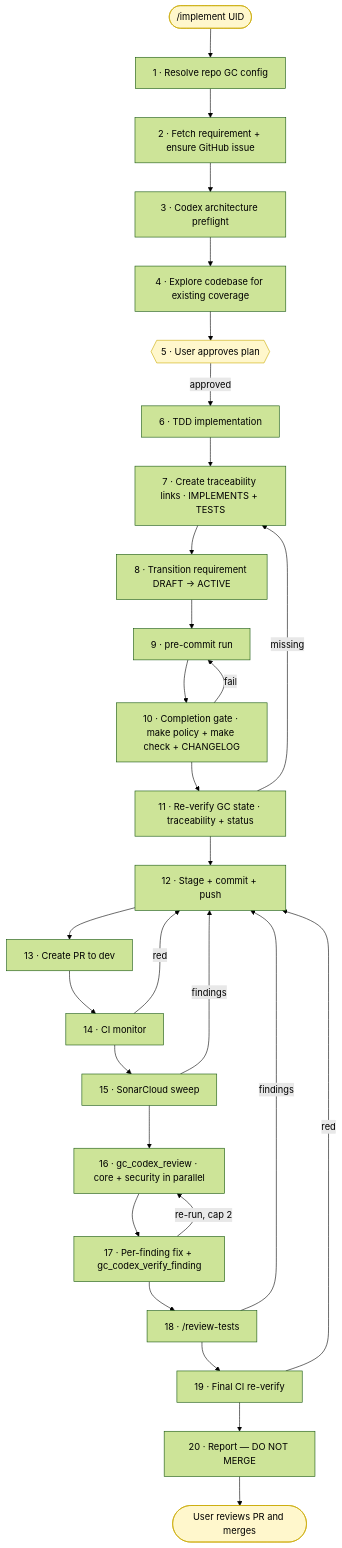
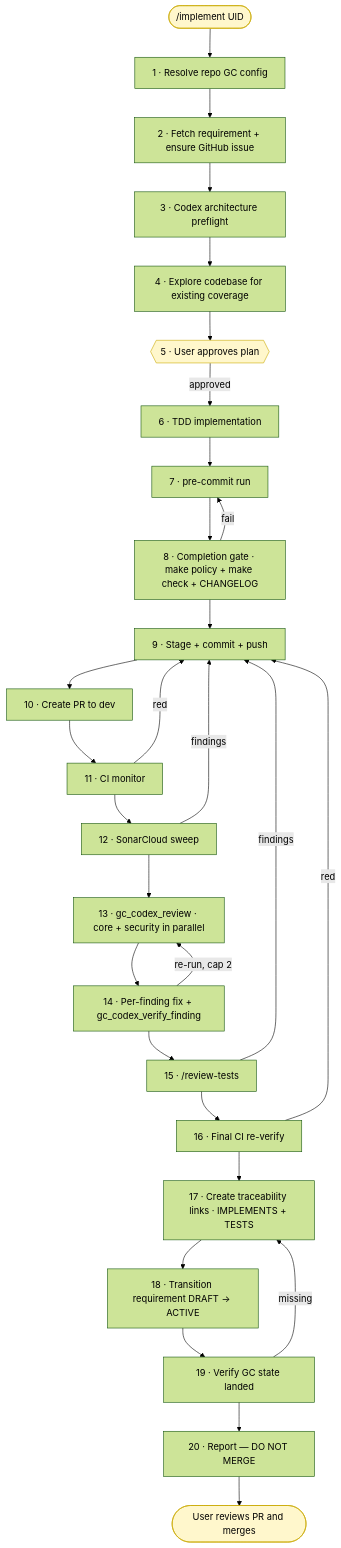
The diagram in docs/DEVELOPMENT_WORKFLOW.md (KeplerOps/Ground-Control), drawn with Mermaid (forest theme) before and after one commit. The commit also changed other lines of this file and 1 other file, not shown here.

````diff
--- a/docs/DEVELOPMENT_WORKFLOW.md
+++ b/docs/DEVELOPMENT_WORKFLOW.md
@@ -57,58 +57,58 @@
 ```mermaid
 flowchart TB
   Start([/implement UID])
   S1[1 · Resolve repo GC config]
   S2[2 · Fetch requirement + ensure GitHub issue]
   S3[3 · Codex architecture preflight]
   S4[4 · Explore codebase for existing coverage]
   S5{{5 · User approves plan}}
   S6[6 · TDD implementation]
-  S7[7 · Create traceability links · IMPLEMENTS + TESTS]
-  S8[8 · Transition requirement DRAFT → ACTIVE]
-  S9[9 · pre-commit run]
-  S10[10 · Completion gate · make policy + make check + CHANGELOG]
-  S11[11 · Re-verify GC state · traceability + status]
-  S12[12 · Stage + commit + push]
-  S13[13 · Create PR to dev]
-  S14[14 · CI monitor]
-  S15[15 · SonarCloud sweep]
-  S16[16 · gc_codex_review · core + security in parallel]
-  S17[17 · Per-finding fix + gc_codex_verify_finding]
-  S18[18 · /review-tests]
-  S19[19 · Final CI re-verify]
+  S7[7 · pre-commit run]
+  S8[8 · Completion gate · make policy + make check + CHANGELOG]
+  S9[9 · Stage + commit + push]
+  S10[10 · Create PR to dev]
+  S11[11 · CI monitor]
+  S12[12 · SonarCloud sweep]
+  S13[13 · gc_codex_review · core + security in parallel]
+  S14[14 · Per-finding fix + gc_codex_verify_finding]
+  S15[15 · /review-tests]
+  S16[16 · Final CI re-verify]
+  S17[17 · Create traceability links · IMPLEMENTS + TESTS]
+  S18[18 · Transition requirement DRAFT → ACTIVE]
+  S19[19 · Verify GC state landed]
   S20[20 · Report — DO NOT MERGE]
   End([User reviews PR and merges])
 
   Start --> S1
   S1 --> S2
   S2 --> S3
   S3 --> S4
   S4 --> S5
   S5 -->|approved| S6
   S6 --> S7
   S7 --> S8
   S8 --> S9
   S9 --> S10
   S10 --> S11
   S11 --> S12
   S12 --> S13
   S13 --> S14
   S14 --> S15
   S15 --> S16
   S16 --> S17
   S17 --> S18
   S18 --> S19
   S19 --> S20
   S20 --> End
 
-  S10 -->|fail| S9
-  S11 -->|missing| S7
-  S14 -->|red| S12
-  S15 -->|findings| S12
-  S17 -->|re-run, cap 2| S16
-  S18 -->|findings| S12
-  S19 -->|red| S12
+  S8 -->|fail| S7
+  S11 -->|red| S9
+  S12 -->|findings| S9
+  S14 -->|re-run, cap 2| S13
+  S15 -->|findings| S9
+  S16 -->|red| S9
+  S19 -->|missing| S17
 
   classDef user fill:#fff7cc,stroke:#c9a900,color:#000
   class S5,Start,End user
 ```
````
